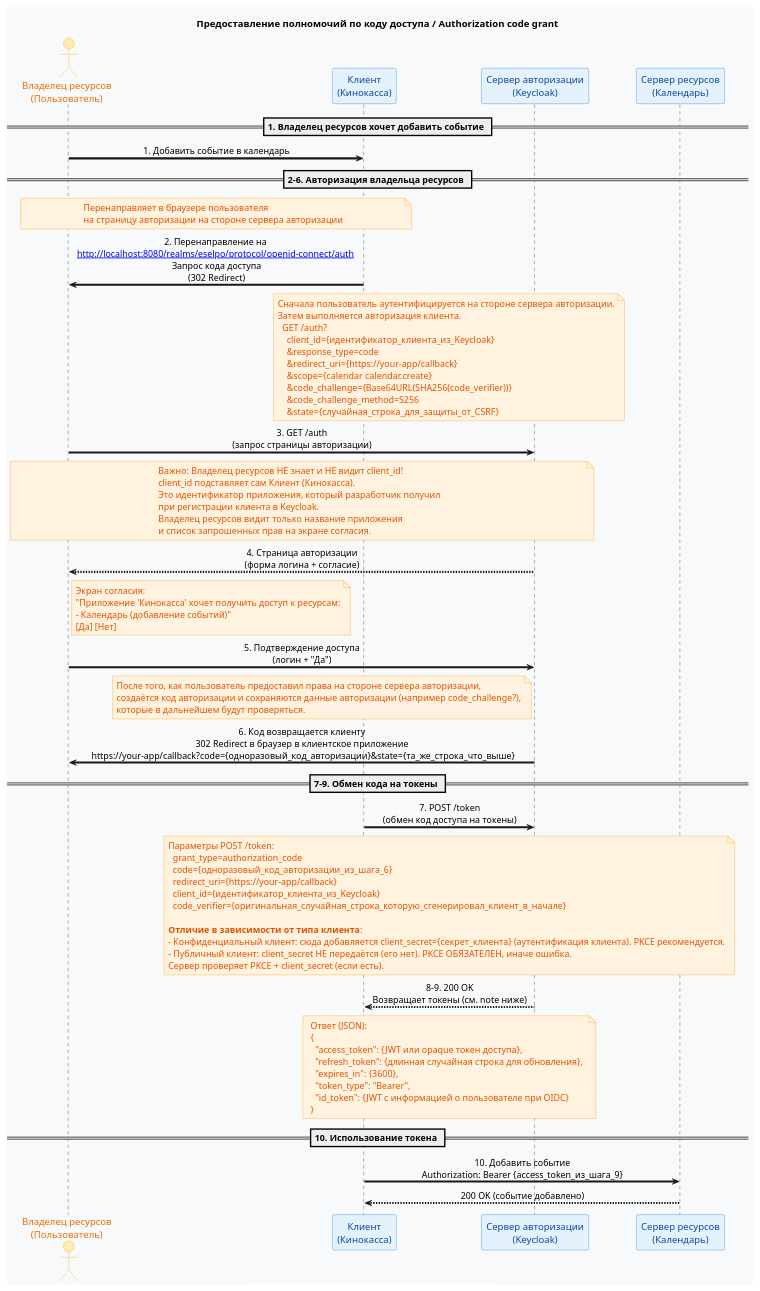
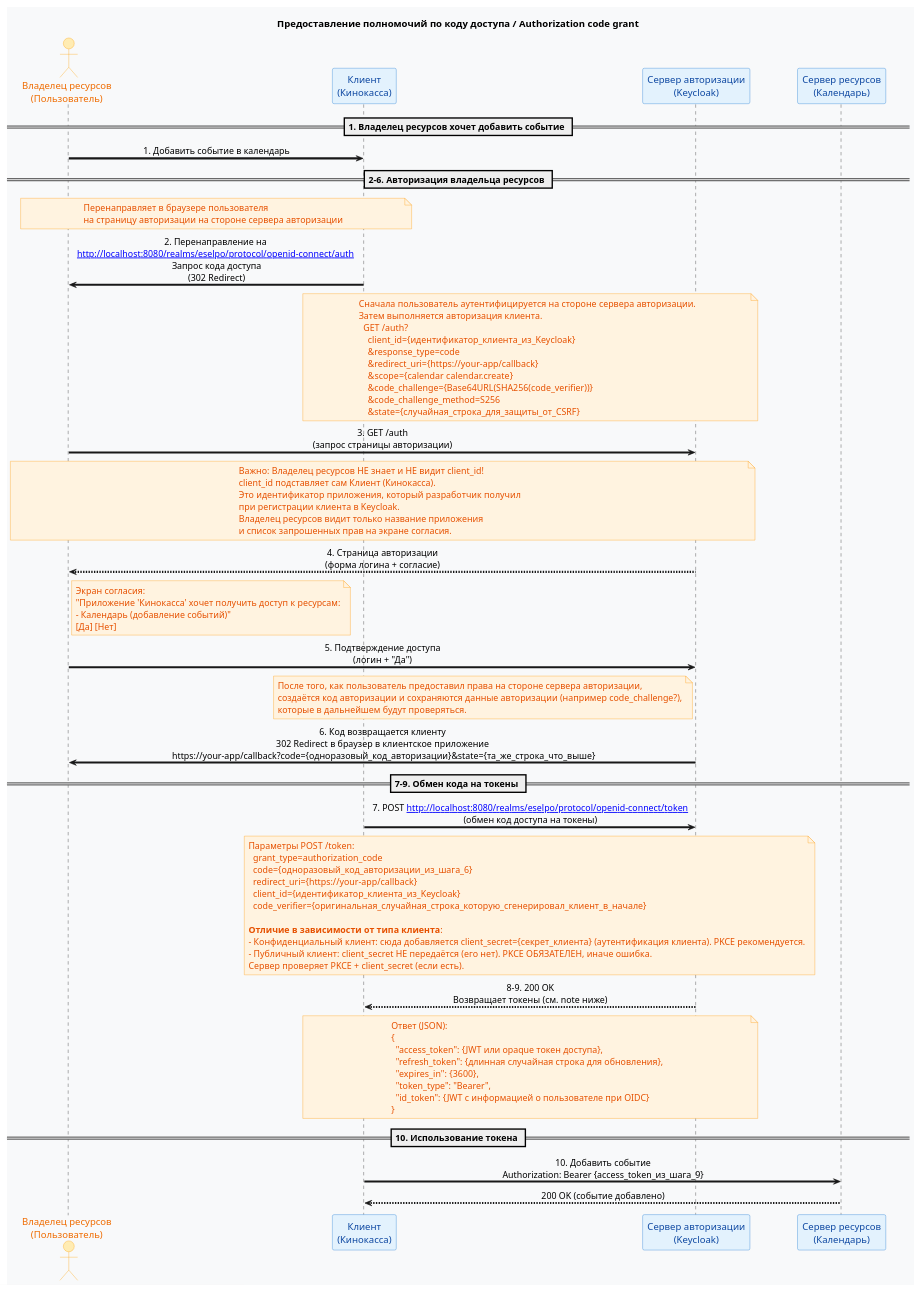
Before and after one commit to olaaa/plant-uml-oauth-oidc: the diagram in Authorization code grant grok.puml, drawn with PlantUML.

```diff
--- a/Authorization code grant grok.puml
+++ b/Authorization code grant grok.puml
@@ -1,123 +1,123 @@
 @startuml
 skinparam backgroundColor #F8F9FA
 skinparam ParticipantPadding 30
 skinparam BoxPadding 15
 skinparam sequenceArrowThickness 3
 skinparam sequenceMessageAlign center
 
 skinparam Participant {
   BackgroundColor #E3F2FD
   BorderColor #1976D2
   FontColor #0D47A1
 }
 skinparam Actor {
   BackgroundColor #FFECB3
   BorderColor #FFA000
   FontColor #EF6C00
 }
 skinparam Note {
   BackgroundColor #FFF3E0
   BorderColor #FF9800
   FontColor #E65100
 }
 
 title Предоставление полномочий по коду доступа / Authorization code grant
 
 actor "Владелец ресурсов\n(Пользователь)" as Owner
 participant "Клиент\n(Кинокасса)" as App
 participant "Сервер авторизации\n(Keycloak)" as Auth
 participant "Сервер ресурсов\n(Календарь)" as Resource
 
 == 1. Владелец ресурсов хочет добавить событие ==
 
 Owner -> App: 1. Добавить событие в календарь
 
 == 2–6. Авторизация владельца ресурсов ==
 note over App, Owner
   Перенаправляет в браузере пользователя
   на страницу авторизации на стороне сервера авторизации
 end note
 
 App -> Owner: 2. Перенаправление на \n[[http://localhost:8080/realms/eselpo/protocol/openid-connect/auth]] \nЗапрос кода доступа\n(302 Redirect)
 
 note over App, Auth
 Сначала пользователь аутентифицируется на стороне сервера авторизации.
 Затем выполняется авторизация клиента.
   GET /auth?
     client_id={идентификатор_клиента_из_Keycloak}
     &response_type=code
     &redirect_uri={https://your-app/callback}
     &scope={calendar calendar.create}
     &code_challenge={Base64URL(SHA256(code_verifier))}
     &code_challenge_method=S256
     &state={случайная_строка_для_защиты_от_CSRF}
 end note
 
 Owner -> Auth: 3. GET /auth\n(запрос страницы авторизации)
 
 note over Owner, Auth
 Важно: Владелец ресурсов НЕ знает и НЕ видит client_id!
 client_id подставляет сам Клиент (Кинокасса).
 Это идентификатор приложения, который разработчик получил
 при регистрации клиента в Keycloak.
 Владелец ресурсов видит только название приложения
 и список запрошенных прав на экране согласия.
 end note
 
 Auth --> Owner: 4. Страница авторизации\n(форма логина + согласие)
 
 note right Owner
   Экран согласия:
   "Приложение 'Кинокасса' хочет получить доступ к ресурсам:
   - Календарь (добавление событий)"
   [Да] [Нет]
 end note
 
 Owner -> Auth: 5. Подтверждение доступа\n(логин + "Да")
 
 note left Auth
 После того, как пользователь предоставил права на стороне сервера авторизации,
 создаётся код авторизации и сохраняются данные авторизации (например code_challenge?),
 которые в дальнейшем будут проверяться.
 end note
 
 Auth -> Owner: 6. Код возвращается клиенту\n302 Redirect в браузер в клиентское приложение\n https://your-app/callback?code={одноразовый_код_авторизации}&state={та_же_строка_что_выше}
 
 == 7–9. Обмен кода на токены ==
 
-App -> Auth: 7. POST /token\n(обмен код доступа на токены)
+App -> Auth: 7. POST [[http://localhost:8080/realms/eselpo/protocol/openid-connect/token]]\n(обмен код доступа на токены)
 
 note over App, Auth
   Параметры POST /token:
     grant_type=authorization_code
     code={одноразовый_код_авторизации_из_шага_6}
     redirect_uri={https://your-app/callback}
     client_id={идентификатор_клиента_из_Keycloak}
     code_verifier={оригинальная_случайная_строка_которую_сгенерировал_клиент_в_начале}
 
   **Отличие в зависимости от типа клиента**:
   - Конфиденциальный клиент: сюда добавляется client_secret={секрет_клиента} (аутентификация клиента). PKCE рекомендуется.
   - Публичный клиент: client_secret НЕ передаётся (его нет). PKCE ОБЯЗАТЕЛЕН, иначе ошибка.
   Сервер проверяет PKCE + client_secret (если есть).
 end note
 
 Auth --> App: 8–9. 200 OK\nВозвращает токены (см. note ниже)
 
 note over Auth, App
   Ответ (JSON):
   {
     "access_token": {JWT или opaque токен доступа},
     "refresh_token": {длинная случайная строка для обновления},
     "expires_in": {3600},
     "token_type": "Bearer",
     "id_token": {JWT с информацией о пользователе при OIDC}
   }
 end note
 
 == 10. Использование токена ==
 
 App -> Resource: 10. Добавить событие\nAuthorization: Bearer {access_token_из_шага_9}
 
 Resource --> App: 200 OK (событие добавлено)
 
 @enduml
```
